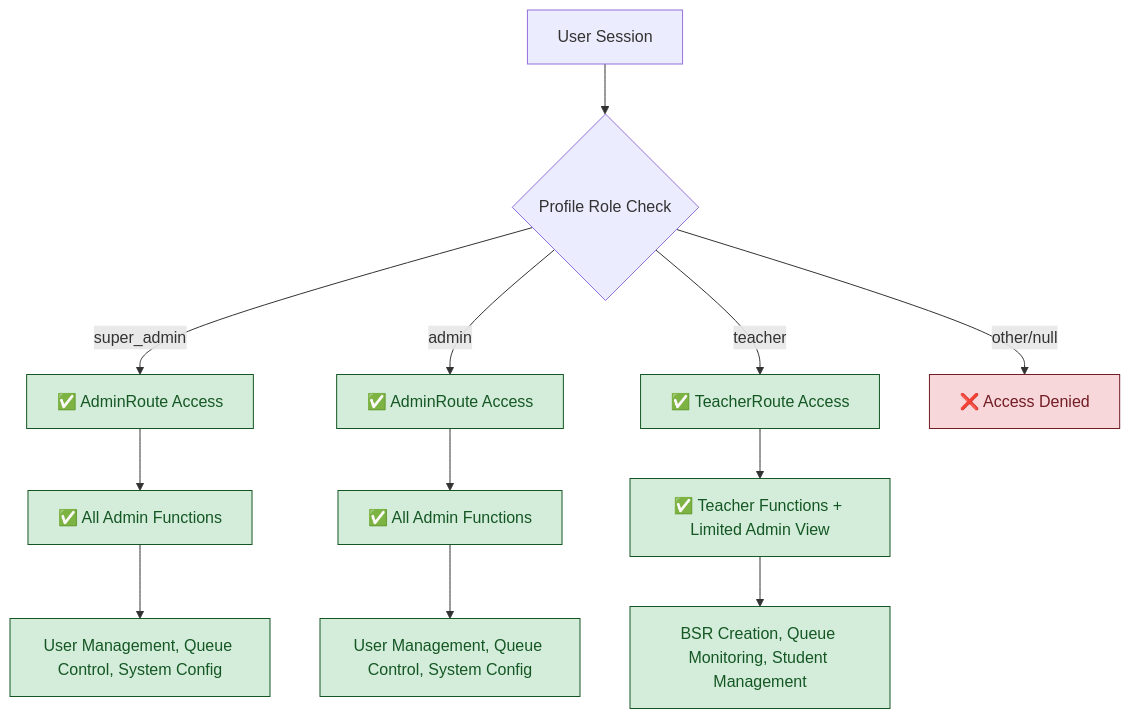
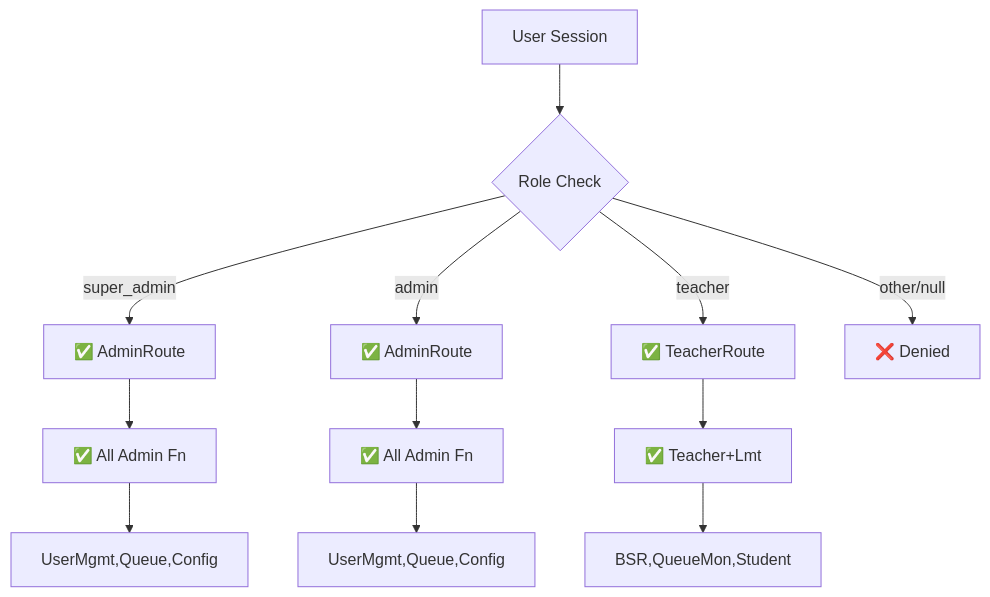
One commit to Splurfa/bx-os changed the fourth of 6 diagrams in docs/flowcharts/Current-State/04-current-session-management.md. Above: the diagram before and after it, drawn with Mermaid. The commit also changed other lines of this file and 6 other files, not shown here.

Commit message:
Fix Mermaid text cutoff with basic syntax

````diff
--- a/docs/flowcharts/Current-State/04-current-session-management.md
+++ b/docs/flowcharts/Current-State/04-current-session-management.md
@@ -73,23 +87,17 @@
 ```mermaid
 flowchart TD
-    A["`User Session`"] --> B{"`Profile Role Check`"}
+    A[User Session] --> B{Role Check}
     
-    B -->|super_admin| C["`✅ AdminRoute Access`"]
-    B -->|admin| D["`✅ AdminRoute Access`"]
-    B -->|teacher| E["`✅ TeacherRoute Access`"]
-    B -->|other/null| F["`❌ Access Denied`"]
+    B -->|super_admin| C[✅ AdminRoute]
+    B -->|admin| D[✅ AdminRoute]
+    B -->|teacher| E[✅ TeacherRoute]
+    B -->|other/null| F[❌ Denied]
     
-    C --> G["`✅ All Admin Functions`"]
-    D --> H["`✅ All Admin Functions`"]
-    E --> I["`✅ Teacher Functions + Limited Admin View`"]
+    C --> G[✅ All Admin Fn]
+    D --> H[✅ All Admin Fn]
+    E --> I[✅ Teacher+Lmt]
     
-    G --> J["`User Management, Queue Control, System Config`"]
-    H --> K["`User Management, Queue Control, System Config`"] 
-    I --> L["`BSR Creation, Queue Monitoring, Student Management`"]
-    
-    classDef functional fill:#d4edda,stroke:#155724,color:#155724
-    classDef restricted fill:#f8d7da,stroke:#721c24,color:#721c24
-    
-    class C,D,E,G,H,I,J,K,L functional
-    class F restricted
+    G --> J[UserMgmt,Queue,Config]
+    H --> K[UserMgmt,Queue,Config] 
+    I --> L[BSR,QueueMon,Student]
 ```
````
